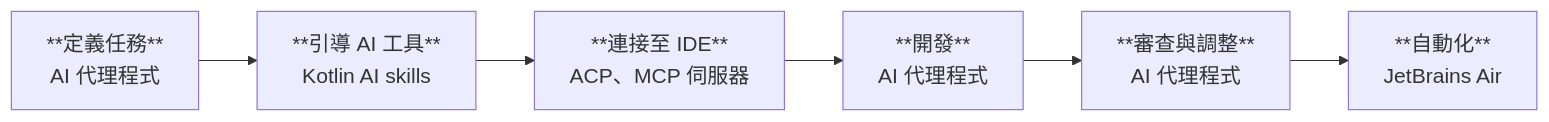
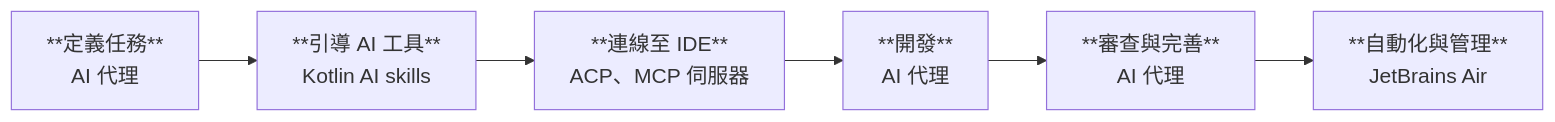
The diagram in docs/zh-Hant/kotlin/ai-for-development.md (BinaryTape/Open-AIDoc), drawn with Mermaid before and after one commit. The commit also changed other lines of this file and 1240 other files, not shown here.

````diff
--- a/docs/zh-Hant/kotlin/ai-for-development.md
+++ b/docs/zh-Hant/kotlin/ai-for-development.md
@@ -12,20 +12,20 @@
 ```mermaid
 graph LR
     DefineTask["**定義任務**
-        AI 代理程式"]
+        AI 代理"]
     Guide["**引導 AI 工具**
         Kotlin AI skills"]
-    Connect["**連接至 IDE**
+    Connect["**連線至 IDE**
         ACP、MCP 伺服器"]
     Implement["**開發**
-        AI 代理程式"]
-    Review["**審查與調整**
-        AI 代理程式"]
-    Automate["**自動化**
+        AI 代理"]
+    Review["**審查與完善**
+        AI 代理"]
+    Automate["**自動化與管理**
         JetBrains Air"]
 
     DefineTask --> Guide --> Connect --> Implement --> Review --> Automate
 
     classDef largeNode font-size:18px;
     class DefineTask,Guide,Connect,Implement,Review,Automate largeNode;
 ```
````
